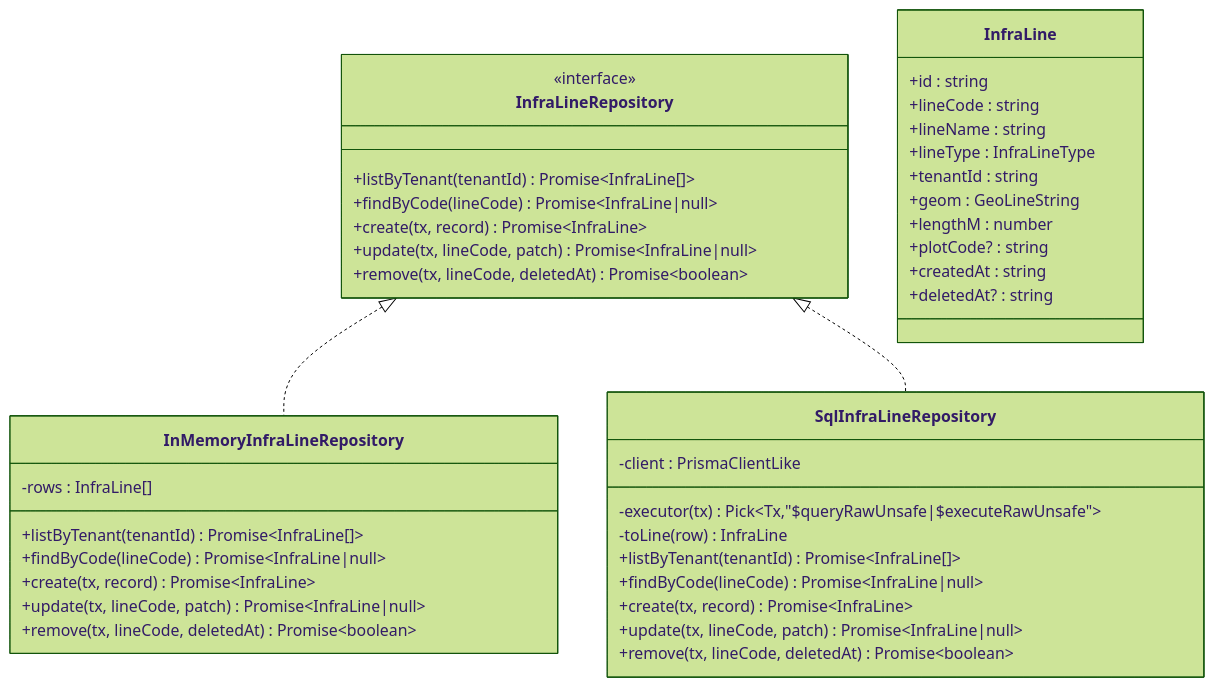
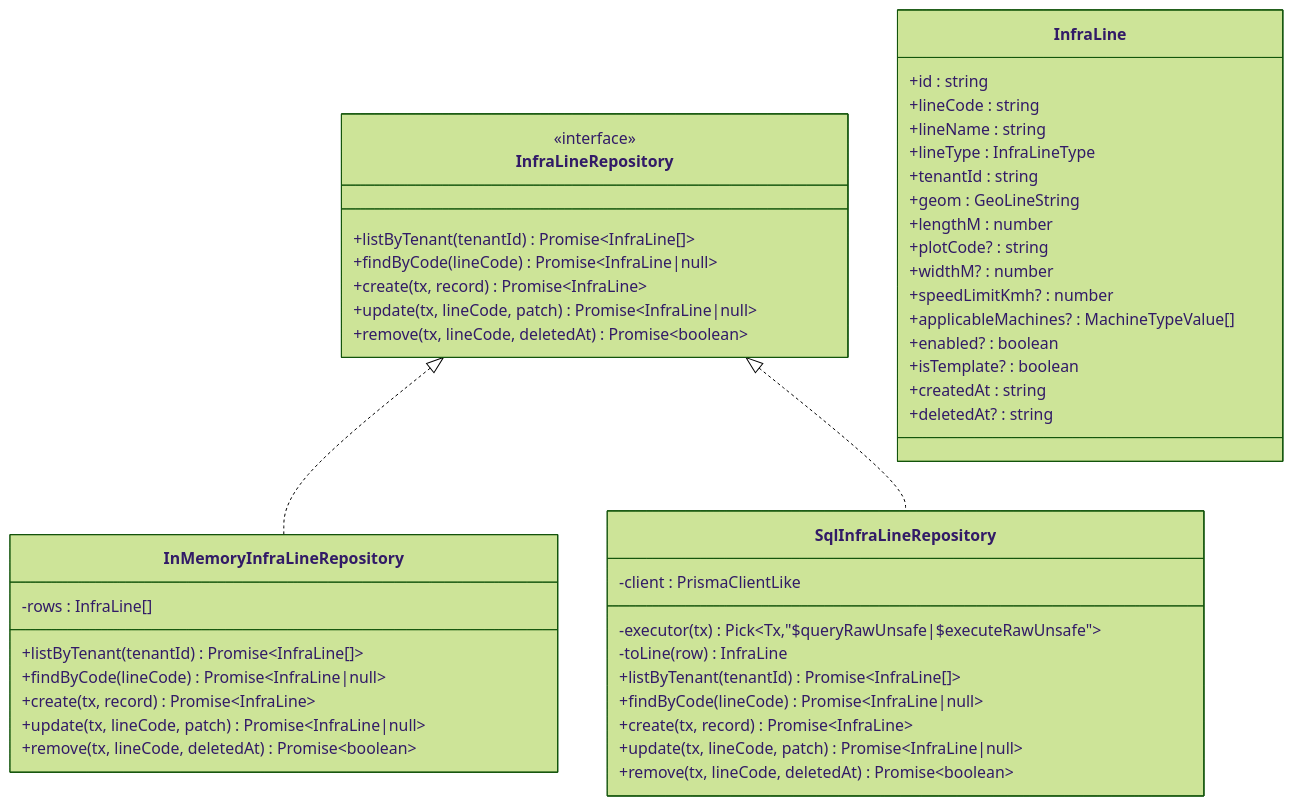
One commit to q446328246/agri-platform changed diagram 12 of 17 in .qoder/repowiki/zh/content/核心服务文档/地块管理服务.md. Above: the diagram before and after it, drawn with Mermaid (forest theme). The commit also changed other lines of this file and 15 other files, not shown here.

````diff
--- a/.qoder/repowiki/zh/content/核心服务文档/地块管理服务.md
+++ b/.qoder/repowiki/zh/content/核心服务文档/地块管理服务.md
@@ -918,43 +949,48 @@
 ```mermaid
 classDiagram
 class InfraLineRepository {
 <<interface>>
 +listByTenant(tenantId) Promise~InfraLine[]~
 +findByCode(lineCode) Promise~InfraLine|null~
 +create(tx, record) Promise~InfraLine~
 +update(tx, lineCode, patch) Promise~InfraLine|null~
 +remove(tx, lineCode, deletedAt) Promise~boolean~
 }
 class InfraLine {
 +id : string
 +lineCode : string
 +lineName : string
 +lineType : InfraLineType
 +tenantId : string
 +geom : GeoLineString
 +lengthM : number
 +plotCode? : string
++widthM? : number
++speedLimitKmh? : number
++applicableMachines? : MachineTypeValue[]
++enabled? : boolean
++isTemplate? : boolean
 +createdAt : string
 +deletedAt? : string
 }
 class InMemoryInfraLineRepository {
 -rows : InfraLine[]
 +listByTenant(tenantId) Promise~InfraLine[]~
 +findByCode(lineCode) Promise~InfraLine|null~
 +create(tx, record) Promise~InfraLine~
 +update(tx, lineCode, patch) Promise~InfraLine|null~
 +remove(tx, lineCode, deletedAt) Promise~boolean~
 }
 class SqlInfraLineRepository {
 -client : PrismaClientLike
 -executor(tx) Pick~Tx,"$queryRawUnsafe|$executeRawUnsafe"~
 -toLine(row) InfraLine
 +listByTenant(tenantId) Promise~InfraLine[]~
 +findByCode(lineCode) Promise~InfraLine|null~
 +create(tx, record) Promise~InfraLine~
 +update(tx, lineCode, patch) Promise~InfraLine|null~
 +remove(tx, lineCode, deletedAt) Promise~boolean~
 }
 InfraLineRepository <|.. InMemoryInfraLineRepository
 InfraLineRepository <|.. SqlInfraLineRepository
 ```
````
